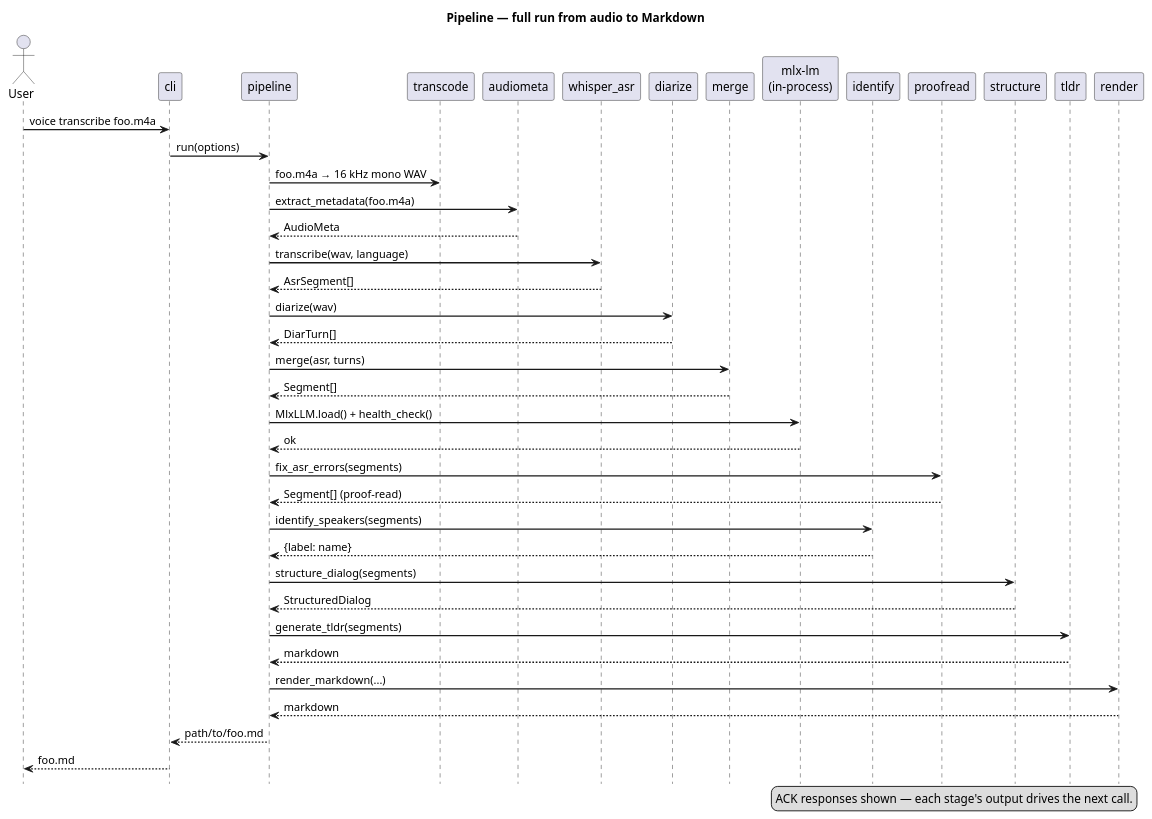
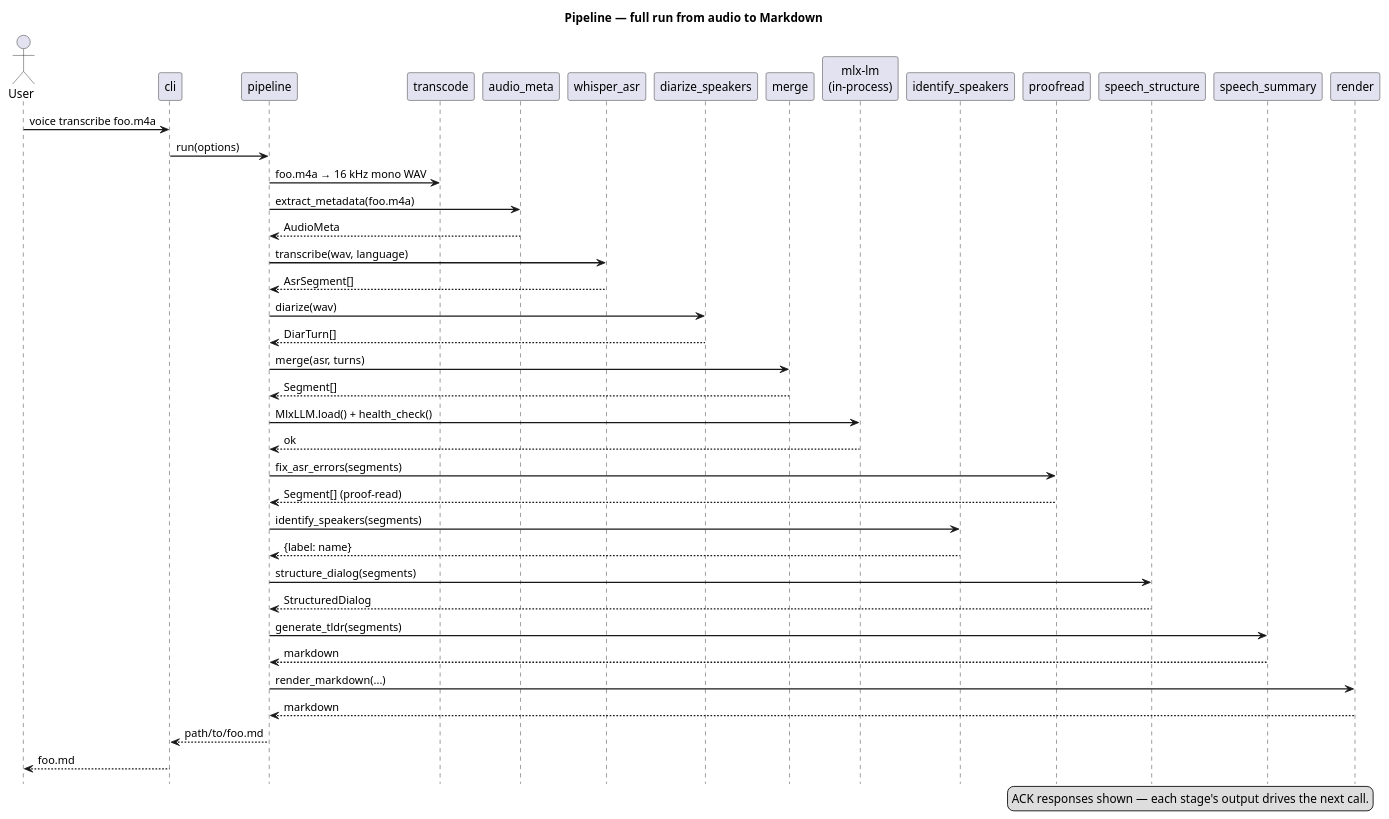
The diagram in docs/pipeline.md (artem-from-ua/voice-transcriber), drawn with PlantUML before and after one commit. The commit also changed other lines of this file and 38 other files, not shown here.

````diff
--- a/docs/pipeline.md
+++ b/docs/pipeline.md
@@ -7,53 +7,53 @@
 ```plantuml
 @startuml
 title Pipeline — full run from audio to Markdown
 hide footbox
 skinparam sequenceArrowThickness 1.5
 skinparam LifeLineBorderColor #C0C0C0
 
 actor User
 participant cli
 participant pipeline
 participant transcode
-participant audiometa
+participant audio_meta
 participant whisper_asr
-participant diarize
+participant diarize_speakers
 participant merge
 participant llm as "mlx-lm\n(in-process)"
-participant identify
+participant identify_speakers
 participant proofread
-participant structure
-participant tldr
+participant speech_structure
+participant speech_summary
 participant render
 
 User -> cli : voice transcribe foo.m4a
 cli -> pipeline : run(options)
 pipeline -> transcode : foo.m4a → 16 kHz mono WAV
-pipeline -> audiometa : extract_metadata(foo.m4a)
-audiometa --> pipeline : AudioMeta
+pipeline -> audio_meta : extract_metadata(foo.m4a)
+audio_meta --> pipeline : AudioMeta
 pipeline -> whisper_asr : transcribe(wav, language)
 whisper_asr --> pipeline : AsrSegment[]
-pipeline -> diarize : diarize(wav)
-diarize --> pipeline : DiarTurn[]
+pipeline -> diarize_speakers : diarize(wav)
+diarize_speakers --> pipeline : DiarTurn[]
 pipeline -> merge : merge(asr, turns)
 merge --> pipeline : Segment[]
 pipeline -> llm : MlxLLM.load() + health_check()
 llm --> pipeline : ok
 pipeline -> proofread : fix_asr_errors(segments)
 proofread --> pipeline : Segment[] (proof-read)
-pipeline -> identify : identify_speakers(segments)
-identify --> pipeline : {label: name}
-pipeline -> structure : structure_dialog(segments)
-structure --> pipeline : StructuredDialog
-pipeline -> tldr : generate_tldr(segments)
-tldr --> pipeline : markdown
+pipeline -> identify_speakers : identify_speakers(segments)
+identify_speakers --> pipeline : {label: name}
+pipeline -> speech_structure : structure_dialog(segments)
+speech_structure --> pipeline : StructuredDialog
+pipeline -> speech_summary : generate_tldr(segments)
+speech_summary --> pipeline : markdown
 pipeline -> render : render_markdown(...)
 render --> pipeline : markdown
 pipeline --> cli : path/to/foo.md
 cli --> User : foo.md
 
 legend right
   ACK responses shown — each stage's output drives the next call.
 end legend
 @enduml
 ```
````
